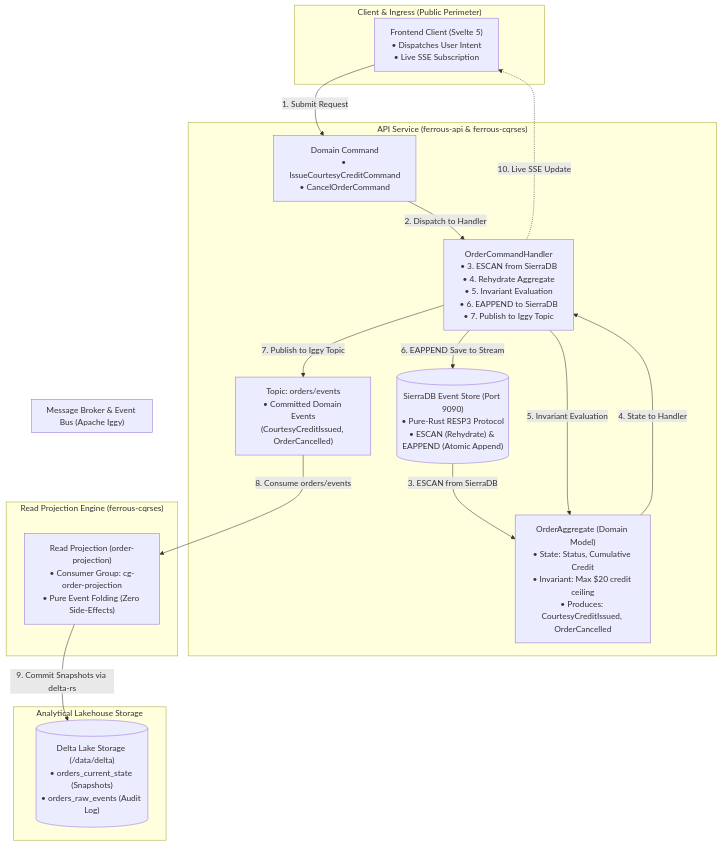
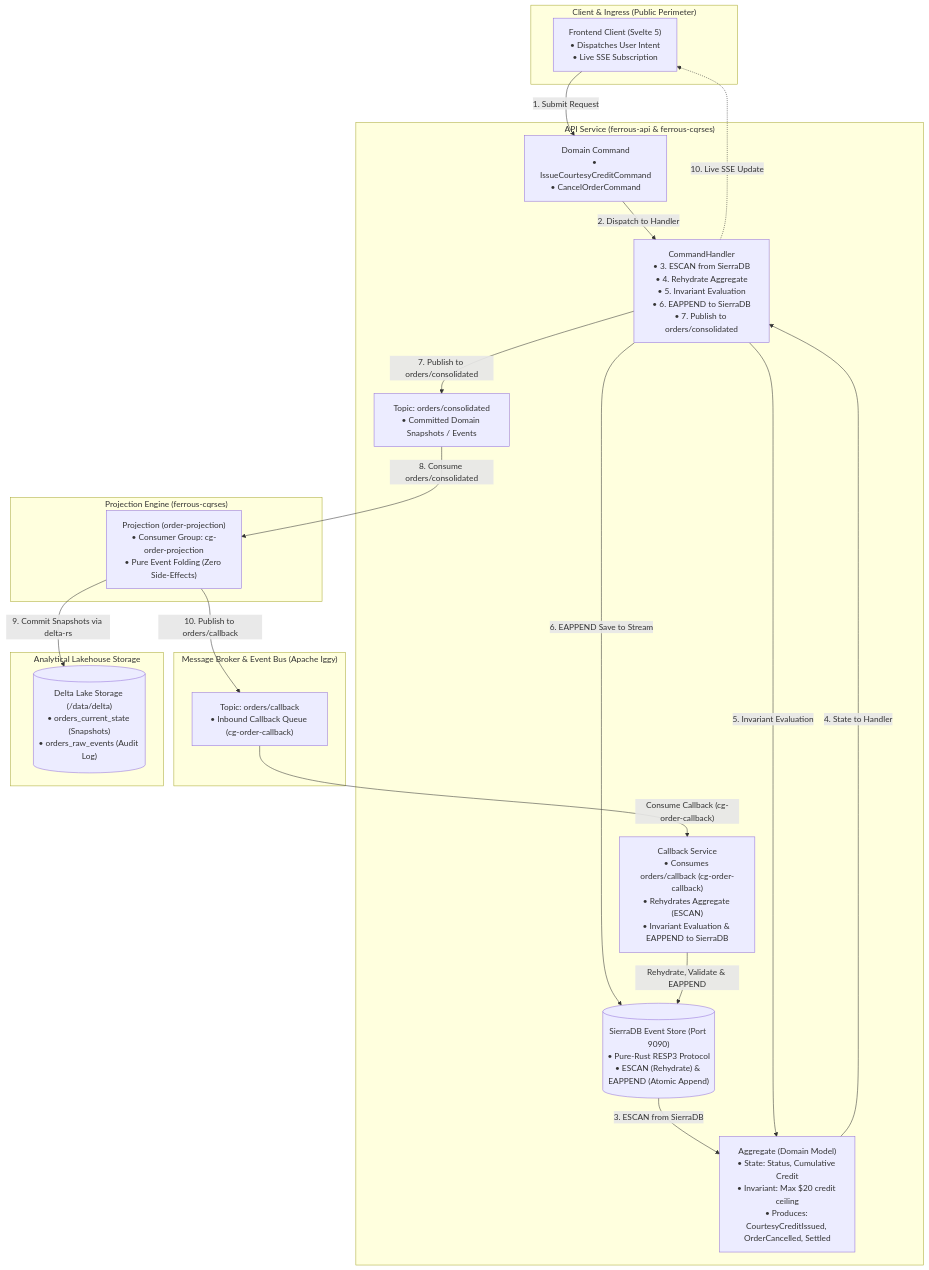
Before and after one commit to reidlai/ferrous-cx: the first of 2 diagrams in README.md, drawn with Mermaid. The commit also changed other lines of this file and 4 other files, not shown here.

Commit message:
docs(arch): reconcile orders/callback and orders/consolidated topology and admin provisioning

````diff
--- a/README.md
+++ b/README.md
@@ -42,45 +42,53 @@
 ```mermaid
 flowchart TD
     subgraph Client_Tier ["Client & Ingress (Public Perimeter)"]
         Client["Frontend Client (Svelte 5)<br/>• Dispatches User Intent<br/>• Live SSE Subscription"]
     end
 
     subgraph API_Tier ["API Service (ferrous-api & ferrous-cqrses)"]
         Command["Domain Command<br/>• IssueCourtesyCreditCommand<br/>• CancelOrderCommand"]
-        CommandHandler["OrderCommandHandler<br/>• 3. ESCAN from SierraDB<br/>• 4. Rehydrate Aggregate<br/>• 5. Invariant Evaluation<br/>• 6. EAPPEND to SierraDB<br/>• 7. Publish to Iggy Topic"]
-        Aggregate["OrderAggregate (Domain Model)<br/>• State: Status, Cumulative Credit<br/>• Invariant: Max $20 credit ceiling<br/>• Produces: CourtesyCreditIssued, OrderCancelled"]
+        CommandHandler["CommandHandler<br/>• 3. ESCAN from SierraDB<br/>• 4. Rehydrate Aggregate<br/>• 5. Invariant Evaluation<br/>• 6. EAPPEND to SierraDB<br/>• 7. Publish to orders/consolidated"]
+        CallbackService["Callback Service<br/>• Consumes orders/callback (cg-order-callback)<br/>• Rehydrates Aggregate (ESCAN)<br/>• Invariant Evaluation & EAPPEND to SierraDB"]
+        Aggregate["Aggregate (Domain Model)<br/>• State: Status, Cumulative Credit<br/>• Invariant: Max $20 credit ceiling<br/>• Produces: CourtesyCreditIssued, OrderCancelled, Settled"]
         SierraDB[("SierraDB Event Store (Port 9090)<br/>• Pure-Rust RESP3 Protocol<br/>• ESCAN (Rehydrate) & EAPPEND (Atomic Append)")]
 
         Command -->|"2. Dispatch to Handler"| CommandHandler
         SierraDB -->|"3. ESCAN from SierraDB"| Aggregate
         Aggregate -->|"4. State to Handler"| CommandHandler
         CommandHandler -->|"5. Invariant Evaluation"| Aggregate
         CommandHandler -->|"6. EAPPEND Save to Stream"| SierraDB
-        CommandHandler -->|"7. Publish to Iggy Topic"| IggyEvents
+        CommandHandler -->|"7. Publish to orders/consolidated"| IggyConsolidated
+        CallbackService -->|"Rehydrate, Validate & EAPPEND"| SierraDB
+
     end
 
     subgraph Streaming_Fabric ["Message Broker & Event Bus (Apache Iggy)"]
-        IggyEvents["Topic: orders/events<br/>• Committed Domain Events<br/>(CourtesyCreditIssued, OrderCancelled)"]
+        IggyCallback["Topic: orders/callback<br/>• Inbound Callback Queue (cg-order-callback)"]
+        IggyConsolidated["Topic: orders/consolidated<br/>• Committed Domain Snapshots / Events"]
     end
 
-    subgraph Projection_Tier ["Read Projection Engine (ferrous-cqrses)"]
-        OrderProjection["Read Projection (order-projection)<br/>• Consumer Group: cg-order-projection<br/>• Pure Event Folding (Zero Side-Effects)"]
+    subgraph Projection_Tier ["Projection Engine (ferrous-cqrses)"]
+        Projection["Projection (order-projection)<br/>• Consumer Group: cg-order-projection<br/>• Pure Event Folding (Zero Side-Effects)"]
     end
 
     subgraph Lakehouse_Tier ["Analytical Lakehouse Storage"]
         DeltaLake[("Delta Lake Storage (/data/delta)<br/>• orders_current_state (Snapshots)<br/>• orders_raw_events (Audit Log)")]
     end
 
     Client_Tier ~~~ API_Tier
     API_Tier ~~~ Streaming_Fabric
     Streaming_Fabric ~~~ Projection_Tier
     Projection_Tier ~~~ Lakehouse_Tier
 
     %% Step 1: User Command Ingestion
     Client -->|"1. Submit Request"| Command
     CommandHandler -.->|"10. Live SSE Update"| Client
 
-    %% Step 2: Projections & Delta Lake Write
-    IggyEvents -->|"8. Consume orders/events"| OrderProjection
-    OrderProjection -->|"9. Commit Snapshots via delta-rs"| DeltaLake
+    %% Step 2: Callback Queue Ingestion
+    IggyCallback -->|"Consume Callback (cg-order-callback)"| CallbackService
+
+    %% Step 3: Projections & Delta Lake Write
+    IggyConsolidated -->|"8. Consume orders/consolidated"| Projection
+    Projection -->|"9. Commit Snapshots via delta-rs"| DeltaLake
+    Projection -->|"10. Publish to orders/callback"| IggyCallback
 ```
````
